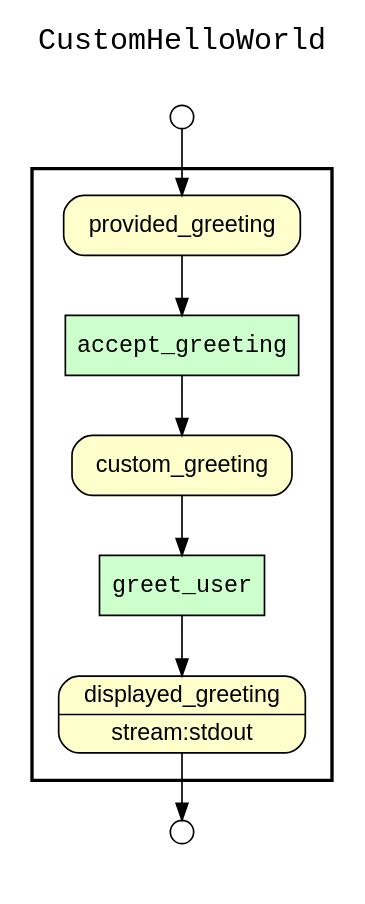
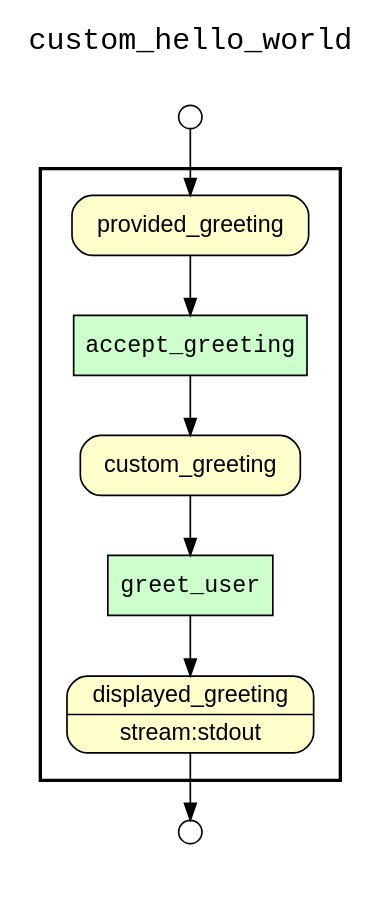
Before and after one commit to yesworkflow-org/yw-noworkflow: the diagram in examples/02_custom_hello_world/workflow_graph.gv, drawn with Graphviz. The commit also changed 10 other files, not shown here.

```diff
--- a/examples/02_custom_hello_world/workflow_graph.gv
+++ b/examples/02_custom_hello_world/workflow_graph.gv
@@ -1,32 +1,32 @@
 digraph Workflow {
 rankdir=TB
 fontname=Courier; fontsize=18; labelloc=t
-label=CustomHelloWorld
+label=custom_hello_world
 subgraph cluster_workflow_box_outer { label=""; color=black; penwidth=2
 subgraph cluster_workflow_box_inner { label=""; color=white
 node[shape=box style=filled fillcolor="#CCFFCC" peripheries=1 fontname=Courier]
 accept_greeting
 greet_user
 node[shape=box style="rounded,filled" fillcolor="#FFFFCC" peripheries=1 fontname=Helvetica]
 displayed_greeting [shape=record rankdir=LR label="{<f0> displayed_greeting |<f1> stream\:stdout}"];
 provided_greeting
 custom_greeting
 node[shape=box style="rounded,filled" fillcolor="#FCFCFC" peripheries=1 fontname=Helvetica]
 accept_greeting -> custom_greeting
 provided_greeting -> accept_greeting
 greet_user -> displayed_greeting
 custom_greeting -> greet_user
 }}
 subgraph cluster_input_ports_group_outer { label=""; color=white
 subgraph cluster_input_ports_group_inner { label=""; color=white
 node[shape=circle style="rounded,filled" fillcolor="#FFFFFF" peripheries=1 fontname=Helvetica width=0.2]
 provided_greeting_input_port [label=""]
 }}
 subgraph cluster_output_ports_group_outer { label=""; color=white
 subgraph cluster_output_ports_group_inner { label=""; color=white
 node[shape=circle style="rounded,filled" fillcolor="#FFFFFF" peripheries=1 fontname=Helvetica width=0.2]
 displayed_greeting_output_port [label=""]
 }}
 provided_greeting_input_port -> provided_greeting
 displayed_greeting -> displayed_greeting_output_port
 }
```
